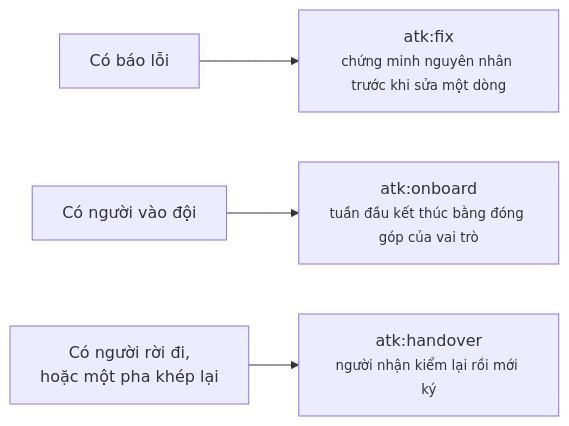
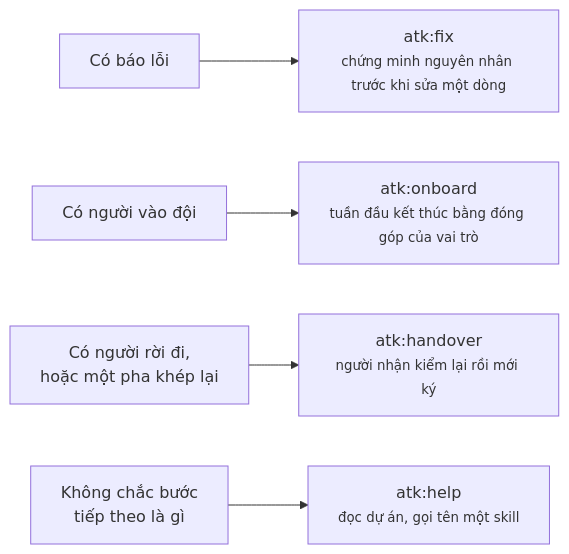
One commit to lamngockhuong/aiteamkit changed the third of 3 diagrams in docs/vi/flow/project-flow.md. Above: the diagram before and after it, drawn with Mermaid. The commit also changed other lines of this file and 34 other files, not shown here.

````diff
--- a/docs/vi/flow/project-flow.md
+++ b/docs/vi/flow/project-flow.md
@@ -140,6 +141,7 @@
 ```mermaid
 flowchart LR
     X1["Có báo lỗi"] --> X2["atk:fix<br/><small>chứng minh nguyên nhân trước khi sửa một dòng</small>"]
     X3["Có người vào đội"] --> X4["atk:onboard<br/><small>tuần đầu kết thúc bằng đóng góp của vai trò</small>"]
     X5["Có người rời đi,<br/>hoặc một pha khép lại"] --> X6["atk:handover<br/><small>người nhận kiểm lại rồi mới ký</small>"]
+    X7["Không chắc bước<br/>tiếp theo là gì"] --> X8["atk:help<br/><small>đọc dự án, gọi tên một skill</small>"]
 ```
````
